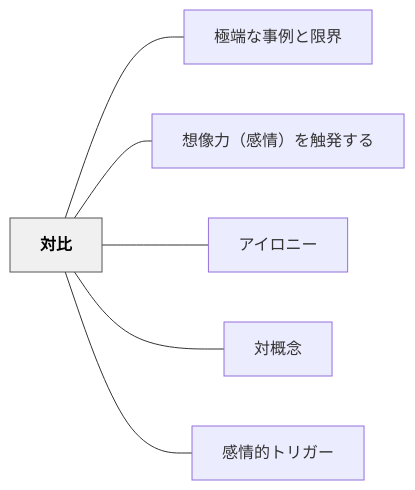
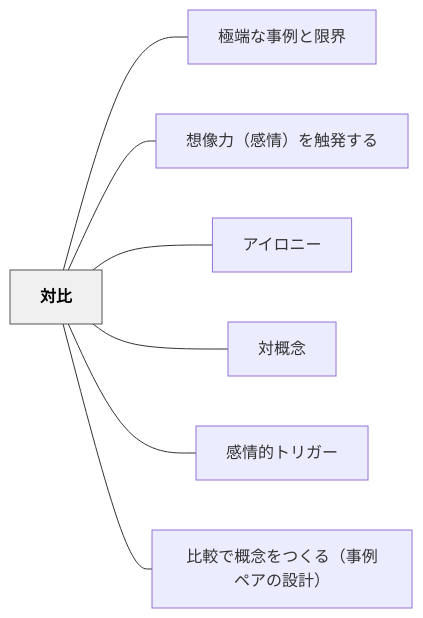
Before and after one commit to unknownthings-ed-patterns/unknownthings-ed-patterns: the diagram in content/パタン/対比.md, drawn with Mermaid. The commit also changed other lines of this file and 1 other file, not shown here.

Commit message:
auto: Obsidianから同期 2026-06-13 03:10

````diff
--- a/content/パタン/対比.md
+++ b/content/パタン/対比.md
@@ -48,18 +49,20 @@
 ```mermaid
 flowchart LR
     ne5afbee6af94["対比"]
     ne6a5b5e7abafe381aae4ba8be4be8be381a8e99990e7958c["極端な事例と限界"]
     ne683b3e5838fe58a9befbc88e6849fe68385efbc89e38292e8a7a6e799bae38199e3828b["想像力（感情）を触発する"]
     ne382a2e382a4e383ade3838be383bc["アイロニー"]
     ne5afbee6a682e5bfb5["対概念"]
     ne6849fe68385e79a84e38388e383aae382ace383bc["感情的トリガー"]
+    ne6af94e8bc83e381a7e6a682e5bfb5e38292e381a4e3818fe3828befbc88e4ba8be4be8be3839ae382a2e381aee8a8ade8a888efbc89["比較で概念をつくる（事例ペアの設計）"]
 
     ne5afbee6af94 --- ne6a5b5e7abafe381aae4ba8be4be8be381a8e99990e7958c
     ne5afbee6af94 --- ne683b3e5838fe58a9befbc88e6849fe68385efbc89e38292e8a7a6e799bae38199e3828b
     ne5afbee6af94 --- ne382a2e382a4e383ade3838be383bc
     ne5afbee6af94 --- ne5afbee6a682e5bfb5
     ne5afbee6af94 --- ne6849fe68385e79a84e38388e383aae382ace383bc
+    ne5afbee6af94 --- ne6af94e8bc83e381a7e6a682e5bfb5e38292e381a4e3818fe3828befbc88e4ba8be4be8be3839ae382a2e381aee8a8ade8a888efbc89
 
     classDef hub fill:#f0f0f0,stroke:#555,color:#000,font-weight:bold
     class ne5afbee6af94 hub
 ```
````
